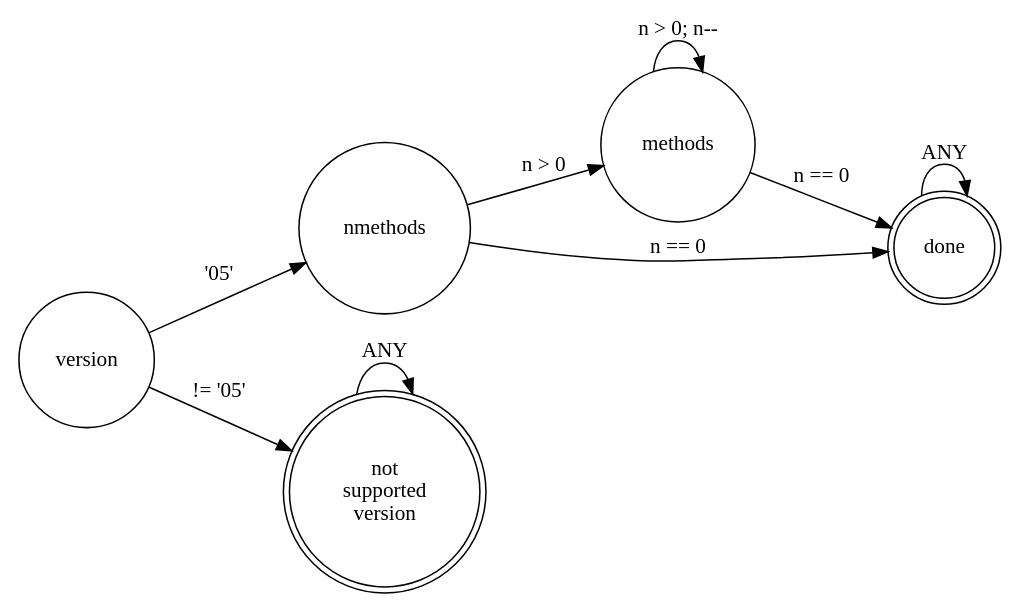
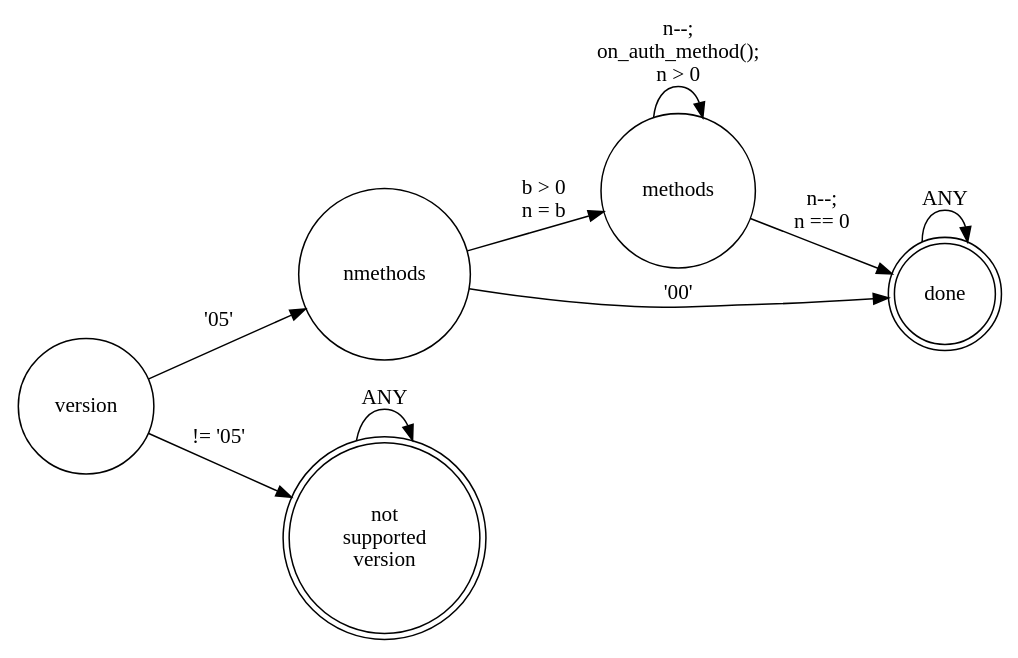
Before and after one commit to pipo-co/socks5Daemon: the diagram in src/hello/hello.dot, drawn with Graphviz. The commit also changed 6 other files, not shown here.

```diff
--- a/src/hello/hello.dot
+++ b/src/hello/hello.dot
@@ -1,21 +1,21 @@
 digraph hello {
     rankdir=LR;
     size= "8.27,11.69";
 
     node                            [shape = circle];
 
     VERSION                         [label = "version"];
     NMETHODS                        [label = "nmethods"];
     METHODS                         [label = "methods"];
     DONE                            [label = "done", shape = doublecircle];
     E_UNS_VERSION                   [label = "not\nsupported\nversion", shape = doublecircle];
 
     VERSION -> E_UNS_VERSION        [label= "!= '05'"];
     VERSION -> NMETHODS             [label="'05'"];
-    NMETHODS -> METHODS             [label= "n > 0"];
-    NMETHODS -> DONE                [label="n == 0"];
-    METHODS -> METHODS              [label= "n > 0; n--"];
-    METHODS -> DONE                 [label="n == 0"];
+    NMETHODS -> METHODS             [label= "b > 0\nn = b"];
+    NMETHODS -> DONE                [label="'00'"];
+    METHODS -> METHODS              [label= "n--;\non_auth_method();\nn > 0"];
+    METHODS -> DONE                 [label="n--;\nn == 0"];
     DONE -> DONE                    [label= "ANY"];
     E_UNS_VERSION -> E_UNS_VERSION  [label= "ANY"];
 }
```
